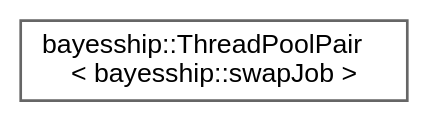
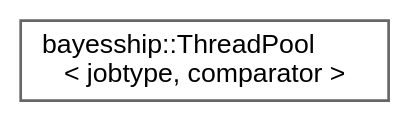
One commit to bayescollab/BayesShip changed the diagram in inherit_graph_16.dot. Above: the diagram before and after it, drawn with Graphviz. The commit also changed 209 other files, not shown here.

```diff
--- a/inherit_graph_16.dot
+++ b/inherit_graph_16.dot
@@ -1,9 +1,9 @@
 digraph "Graphical Class Hierarchy"
 {
  // LATEX_PDF_SIZE
   bgcolor="transparent";
   edge [fontname=Helvetica,fontsize=10,labelfontname=Helvetica,labelfontsize=10];
   node [fontname=Helvetica,fontsize=10,shape=box,height=0.2,width=0.4];
   rankdir="LR";
-  Node0 [label="bayesship::ThreadPoolPair\l\< bayesship::swapJob \>",height=0.2,width=0.4,color="grey40", fillcolor="white", style="filled",URL="$classbayesship_1_1ThreadPoolPair.html",tooltip=" "];
+  Node0 [label="bayesship::ThreadPool\l\< jobtype, comparator \>",height=0.2,width=0.4,color="grey40", fillcolor="white", style="filled",URL="$classbayesship_1_1ThreadPool.html",tooltip="Class for creating a pool of threads to asynchronously distribute work."];
 }
```
